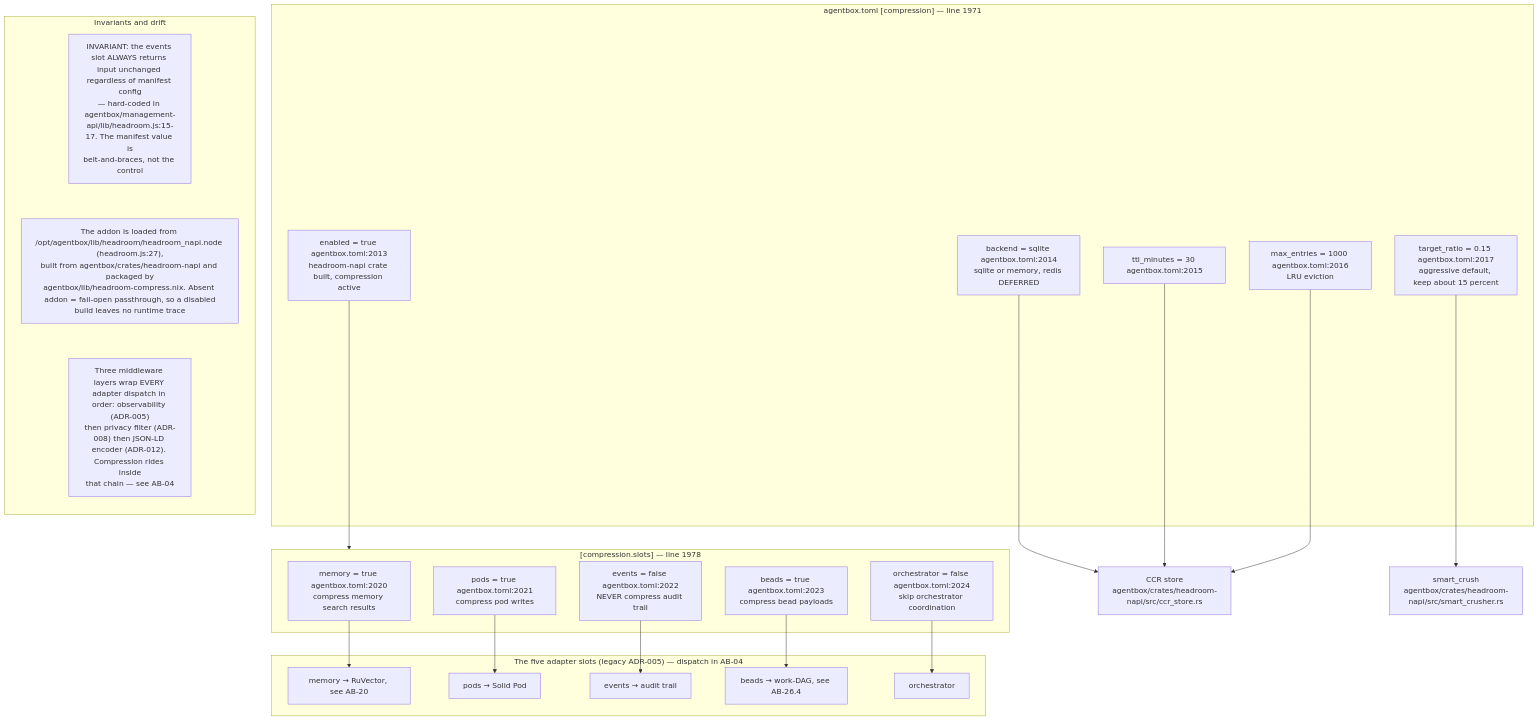
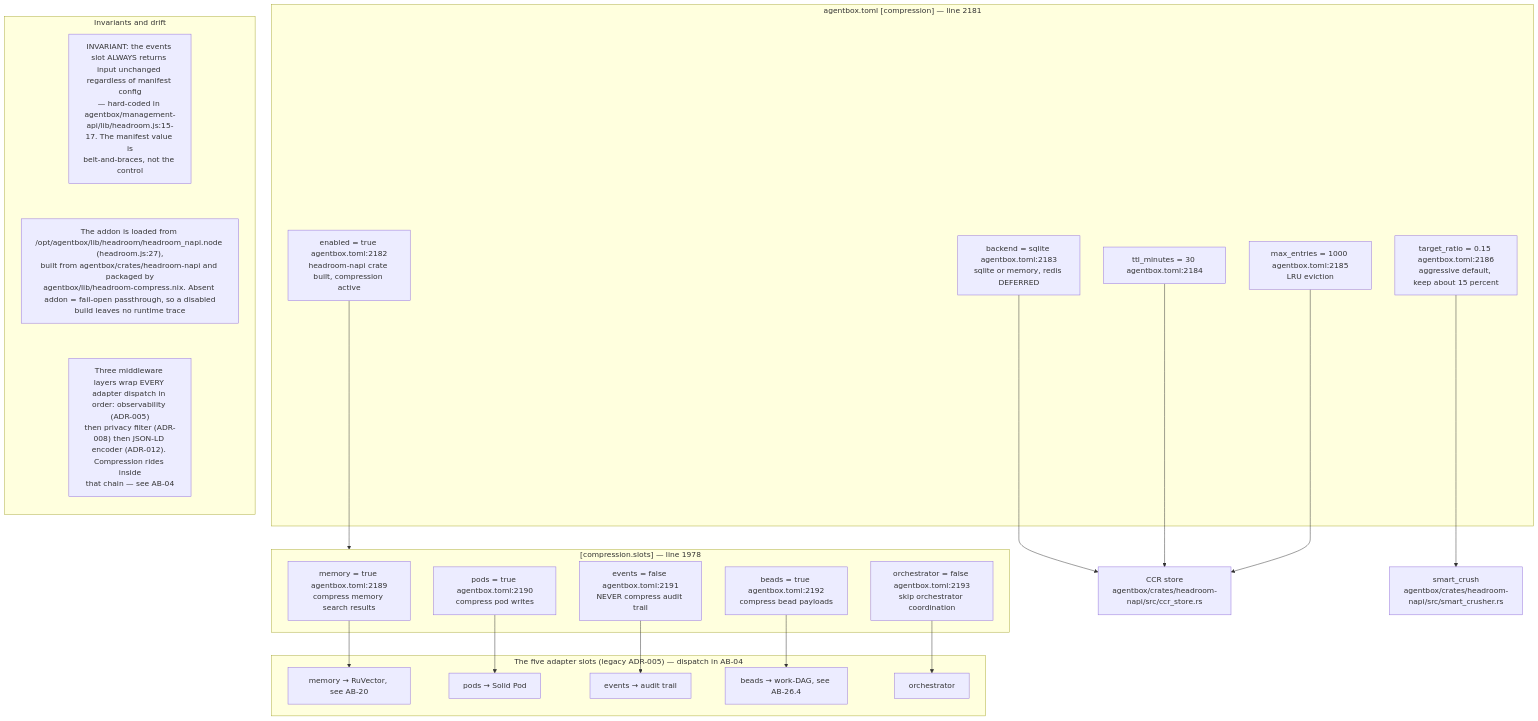
One commit to DreamLab-AI/VisionFlow changed the ninth of 9 diagrams in docs/diagrams/agentbox/26-headroom-beads-spawn-brain.md. Above: the diagram before and after it, drawn with Mermaid. The commit also changed other lines of this file and 111 other files, not shown here.

Commit message:
docs(diagrams): align estate maps with current source

````diff
--- a/docs/diagrams/agentbox/26-headroom-beads-spawn-brain.md
+++ b/docs/diagrams/agentbox/26-headroom-beads-spawn-brain.md
@@ -363,41 +364,41 @@
 ```mermaid
 flowchart TB
-    subgraph man["agentbox.toml [compression] — line 1971"]
-        E["enabled = true agentbox.toml:2013<br/>headroom-napi crate built, compression active"]
-        B["backend = sqlite agentbox.toml:2014<br/>sqlite or memory, redis DEFERRED"]
-        T["ttl_minutes = 30 agentbox.toml:2015"]
-        M["max_entries = 1000 agentbox.toml:2016<br/>LRU eviction"]
-        R["target_ratio = 0.15 agentbox.toml:2017<br/>aggressive default, keep about 15 percent"]
+    subgraph man["agentbox.toml [compression] — line 2181"]
+        E["enabled = true agentbox.toml:2182<br/>headroom-napi crate built, compression active"]
+        B["backend = sqlite agentbox.toml:2183<br/>sqlite or memory, redis DEFERRED"]
+        T["ttl_minutes = 30 agentbox.toml:2184"]
+        M["max_entries = 1000 agentbox.toml:2185<br/>LRU eviction"]
+        R["target_ratio = 0.15 agentbox.toml:2186<br/>aggressive default, keep about 15 percent"]
     end
     subgraph slots["[compression.slots] — line 1978"]
-        S1["memory = true agentbox.toml:2020<br/>compress memory search results"]
-        S2["pods = true agentbox.toml:2021<br/>compress pod writes"]
-        S3["events = false agentbox.toml:2022<br/>NEVER compress audit trail"]
-        S4["beads = true agentbox.toml:2023<br/>compress bead payloads"]
-        S5["orchestrator = false agentbox.toml:2024<br/>skip orchestrator coordination"]
+        S1["memory = true agentbox.toml:2189<br/>compress memory search results"]
+        S2["pods = true agentbox.toml:2190<br/>compress pod writes"]
+        S3["events = false agentbox.toml:2191<br/>NEVER compress audit trail"]
+        S4["beads = true agentbox.toml:2192<br/>compress bead payloads"]
+        S5["orchestrator = false agentbox.toml:2193<br/>skip orchestrator coordination"]
     end
     subgraph adapters["The five adapter slots (legacy ADR-005) — dispatch in AB-04"]
         A1["memory → RuVector, see AB-20"]
         A2["pods → Solid Pod"]
         A3["events → audit trail"]
         A4["beads → work-DAG, see AB-26.4"]
         A5["orchestrator"]
     end
     E --> slots
     S1 --> A1
     S2 --> A2
     S3 --> A3
     S4 --> A4
     S5 --> A5
     B --> CCR["CCR store<br/>agentbox/crates/headroom-napi/src/ccr_store.rs"]
     T --> CCR
     M --> CCR
     R --> SC["smart_crush<br/>agentbox/crates/headroom-napi/src/smart_crusher.rs"]
     subgraph notes["Invariants and drift"]
         direction TB
         N1["INVARIANT: the events slot ALWAYS returns input unchanged regardless of manifest config<br/>— hard-coded in agentbox/management-api/lib/headroom.js:15-17. The manifest value is<br/>belt-and-braces, not the control"]
         N2["The addon is loaded from /opt/agentbox/lib/headroom/headroom_napi.node (headroom.js:27),<br/>built from agentbox/crates/headroom-napi and packaged by<br/>agentbox/lib/headroom-compress.nix. Absent addon = fail-open passthrough, so a disabled<br/>build leaves no runtime trace"]
         N3["Three middleware layers wrap EVERY adapter dispatch in order: observability (ADR-005)<br/>then privacy filter (ADR-008) then JSON-LD encoder (ADR-012). Compression rides inside<br/>that chain — see AB-04"]
         N1 ~~~ N2 ~~~ N3
     end
 ```
````
